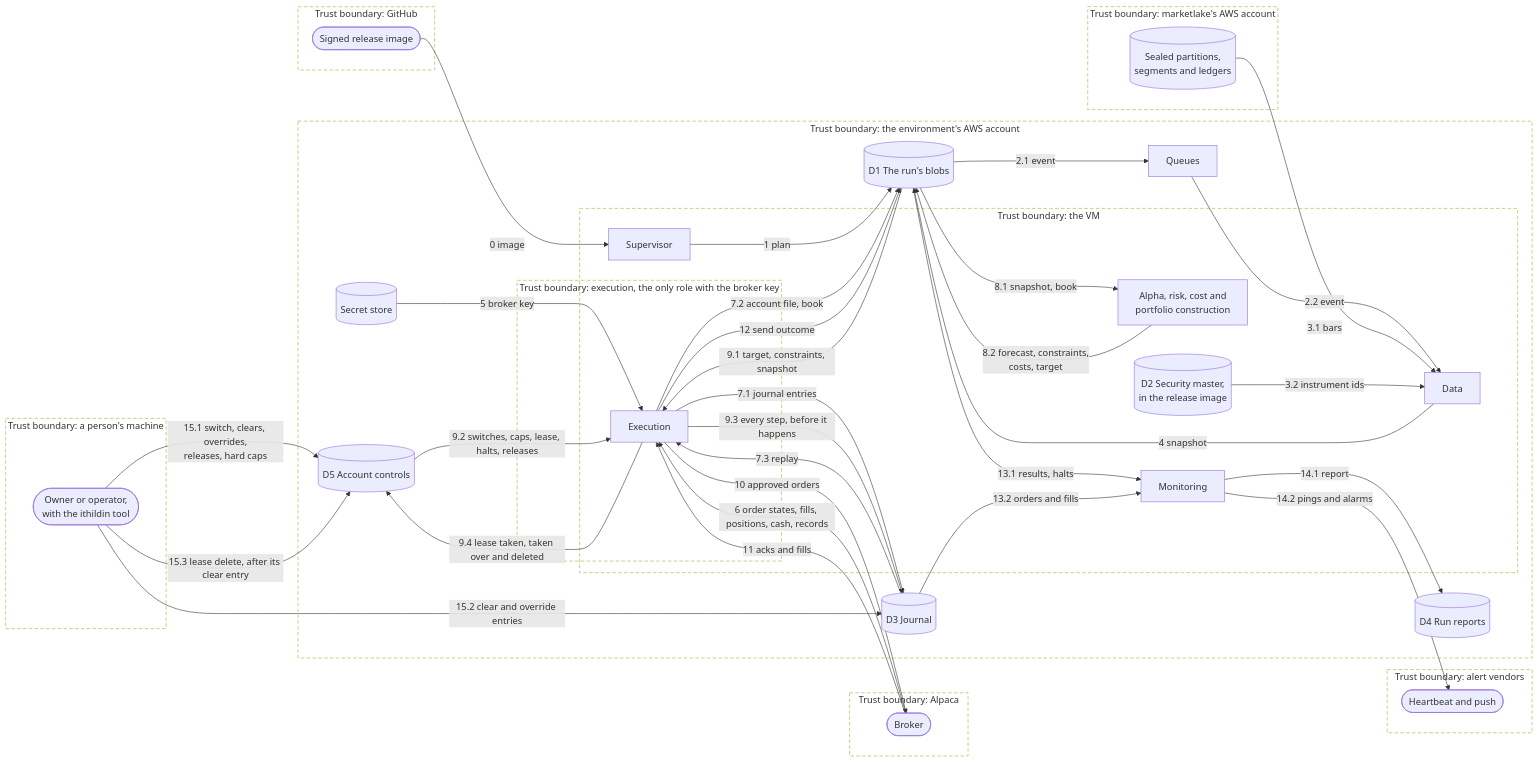
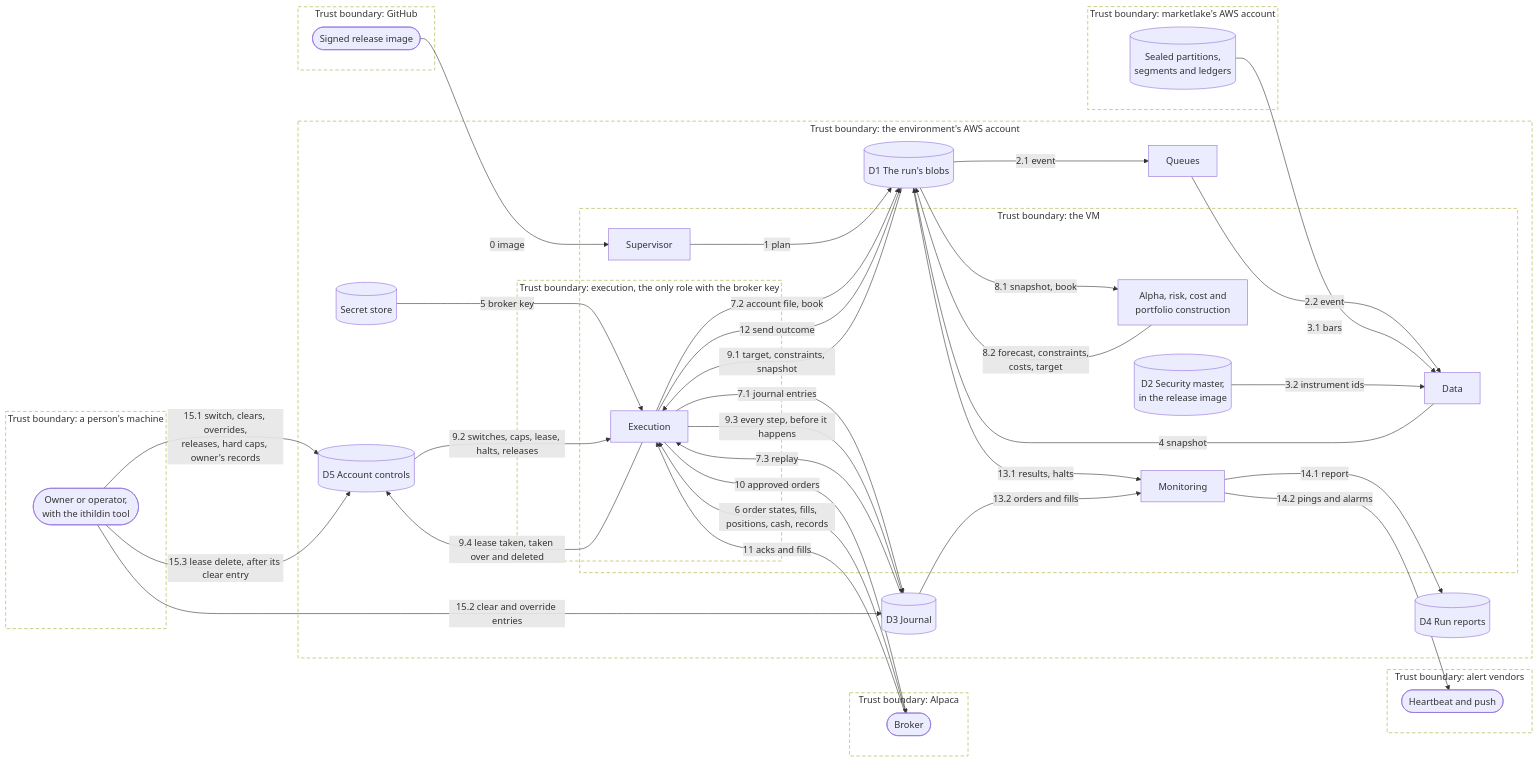
Diagram 12 of 34 in docs/architecture.md (l3a0/ithildin-runtime), drawn with Mermaid before and after one commit. The commit also changed other lines of this file and 2 other files, not shown here.

````diff
--- a/docs/architecture.md
+++ b/docs/architecture.md
@@ -687,68 +687,68 @@
 ```mermaid
 flowchart LR
     subgraph tb_person["Trust boundary: a person's machine"]
         person(["Owner or operator,<br/>with the ithildin tool"])
     end
     subgraph tb_github["Trust boundary: GitHub"]
         registry(["Signed release image"])
     end
     subgraph tb_marketlake["Trust boundary: marketlake's AWS account"]
         lake[("Sealed partitions,<br/>segments and ledgers")]
     end
     subgraph tb_broker["Trust boundary: Alpaca"]
         brokerx(["Broker"])
     end
     subgraph tb_alert["Trust boundary: alert vendors"]
         alert(["Heartbeat and push"])
     end
     subgraph tb_account["Trust boundary: the environment's AWS account"]
         subgraph tb_vm["Trust boundary: the VM"]
             sup["Supervisor"]
             data["Data"]
             models["Alpha, risk, cost and<br/>portfolio construction"]
             mon["Monitoring"]
             d2[("D2 Security master,<br/>in the release image")]
             subgraph tb_exec["Trust boundary: execution, the only role with the broker key"]
                 exec["Execution"]
             end
         end
         queue["Queues"]
         secret[("Secret store")]
         d1[("D1 The run's blobs")]
         d3[("D3 Journal")]
         d4[("D4 Run reports")]
         d5[("D5 Account controls")]
     end
 
     registry -->|"0 image"| sup
     sup -->|"1 plan"| d1
     d1 -->|"2.1 event"| queue
     queue -->|"2.2 event"| data
     lake -->|"3.1 bars"| data
     d2 -->|"3.2 instrument ids"| data
     data -->|"4 snapshot"| d1
     secret -->|"5 broker key"| exec
     brokerx -->|"6 order states, fills, positions, cash, records"| exec
     exec -->|"7.1 journal entries"| d3
     exec -->|"7.2 account file, book"| d1
     d3 -->|"7.3 replay"| exec
     d1 -->|"8.1 snapshot, book"| models
     models -->|"8.2 forecast, constraints,<br/>costs, target"| d1
     d1 -->|"9.1 target, constraints, snapshot"| exec
     d5 -->|"9.2 switches, caps, lease, halts, releases"| exec
     exec -->|"9.3 every step, before it happens"| d3
     exec -->|"9.4 lease taken, taken over and deleted"| d5
     exec -->|"10 approved orders"| brokerx
     brokerx -->|"11 acks and fills"| exec
     exec -->|"12 send outcome"| d1
     d1 -->|"13.1 results, halts"| mon
     d3 -->|"13.2 orders and fills"| mon
     mon -->|"14.1 report"| d4
     mon -->|"14.2 pings and alarms"| alert
-    person -->|"15.1 switch, clears, overrides,<br/>releases, hard caps"| d5
+    person -->|"15.1 switch, clears, overrides,<br/>releases, hard caps, owner's records"| d5
     person -->|"15.2 clear and override entries"| d3
     person -->|"15.3 lease delete, after its clear entry"| d5
 
     classDef boundary fill:none,stroke-dasharray:6 4
     class tb_person,tb_github,tb_marketlake,tb_broker,tb_alert,tb_account,tb_vm,tb_exec boundary
 ```
````
